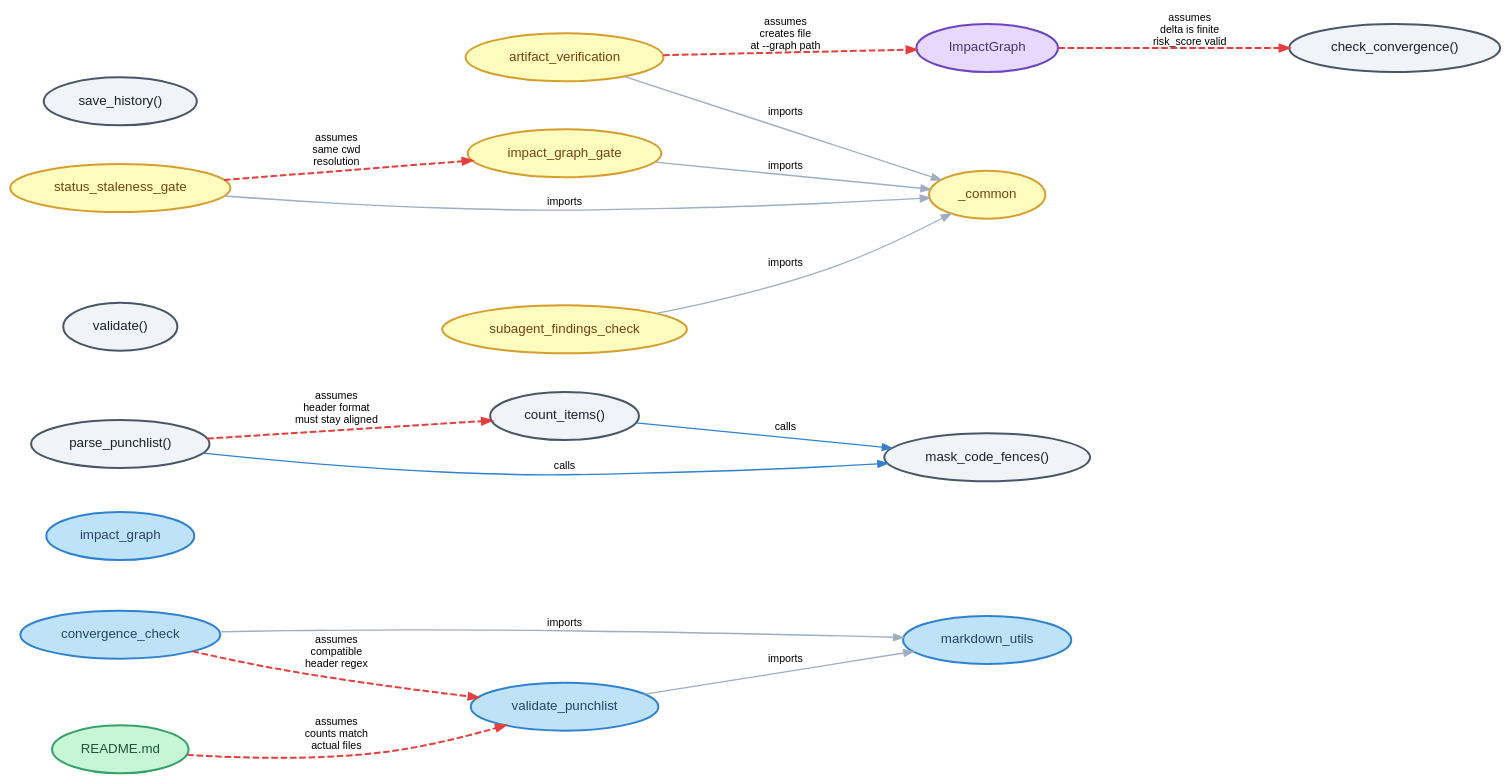
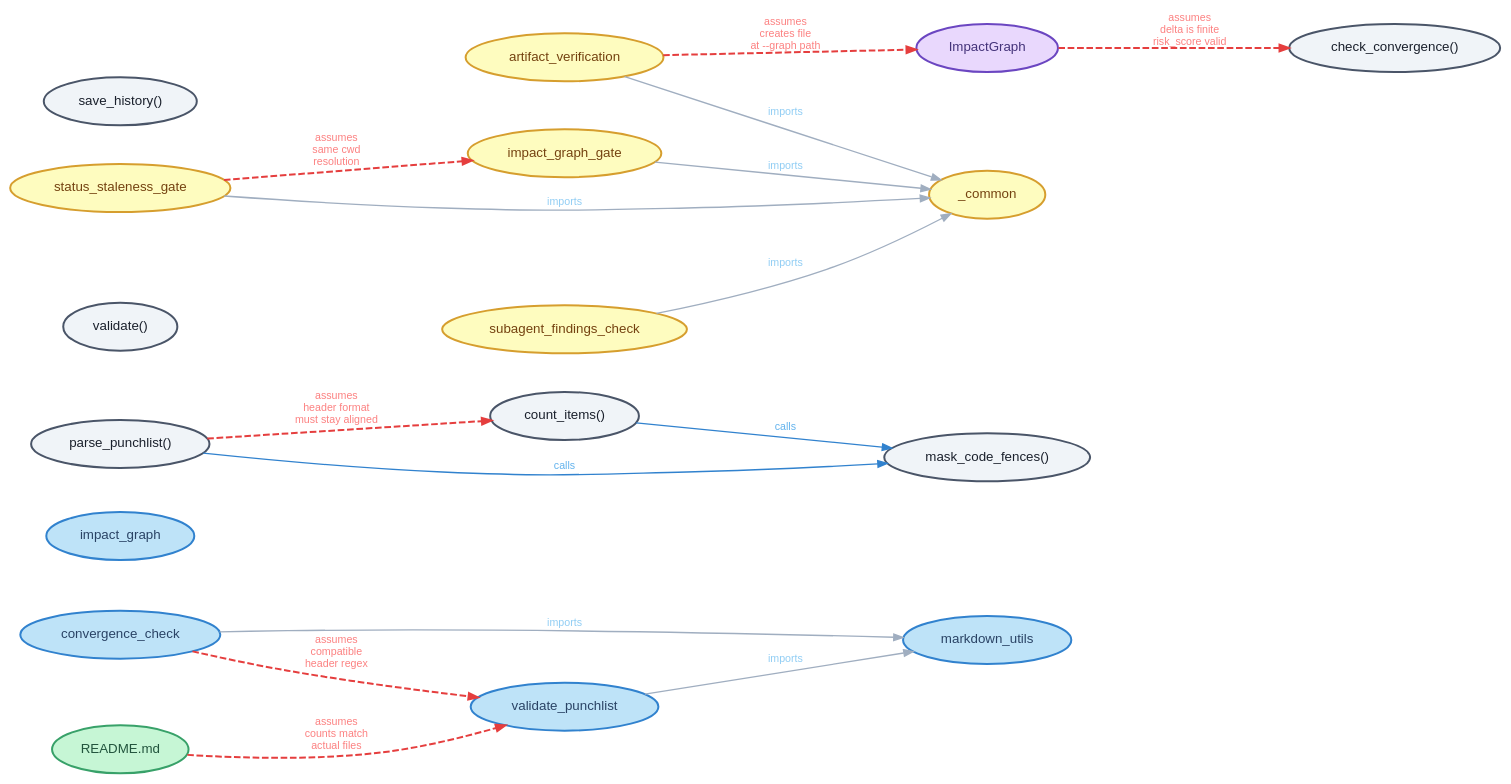
One commit to jbrjake/holtz changed the diagram in docs/diagrams/impact-graph.dot. Above: the diagram before and after it, drawn with Graphviz. The commit also changed 9 other files, not shown here.

```diff
--- a/docs/diagrams/impact-graph.dot
+++ b/docs/diagrams/impact-graph.dot
@@ -1,138 +1,144 @@
 digraph {
   rankdir=LR
   bgcolor="transparent"
   pad=0.5
   nodesep=0.4
   ranksep=1.2
 
   node [
     fontname="Helvetica"
     fontsize=10
     style="filled,rounded"
     penwidth=1.5
     margin="0.12,0.08"
   ]
 
   edge [
     fontname="Helvetica"
     fontsize=8
     penwidth=1.0
     arrowsize=0.7
   ]
 
   // Modules — blue-gray
   validate_punchlist [
     label="validate_punchlist"
     fillcolor="#bee3f8" color="#3182ce" fontcolor="#2a4365"
   ]
   convergence_check [
     label="convergence_check"
     fillcolor="#bee3f8" color="#3182ce" fontcolor="#2a4365"
   ]
   impact_graph_mod [
     label="impact_graph"
     fillcolor="#bee3f8" color="#3182ce" fontcolor="#2a4365"
   ]
   markdown_utils [
     label="markdown_utils"
     fillcolor="#bee3f8" color="#3182ce" fontcolor="#2a4365"
   ]
 
   // Functions — light gray
   parse_punchlist [
     label="parse_punchlist()"
     fillcolor="#f0f4f8" color="#4a5568" fontcolor="#1a202c"
   ]
   validate_fn [
     label="validate()"
     fillcolor="#f0f4f8" color="#4a5568" fontcolor="#1a202c"
   ]
   count_items [
     label="count_items()"
     fillcolor="#f0f4f8" color="#4a5568" fontcolor="#1a202c"
   ]
   check_convergence [
     label="check_convergence()"
     fillcolor="#f0f4f8" color="#4a5568" fontcolor="#1a202c"
   ]
   save_history [
     label="save_history()"
     fillcolor="#f0f4f8" color="#4a5568" fontcolor="#1a202c"
   ]
   mask_code_fences [
     label="mask_code_fences()"
     fillcolor="#f0f4f8" color="#4a5568" fontcolor="#1a202c"
   ]
 
   // Class — purple
   ImpactGraph [
     label="ImpactGraph"
     fillcolor="#e9d8fd" color="#6b46c1" fontcolor="#44337a"
   ]
 
   // Hooks — amber
   artifact_verification [
     label="artifact_verification"
     fillcolor="#fefcbf" color="#d69e2e" fontcolor="#744210"
   ]
   impact_graph_gate [
     label="impact_graph_gate"
     fillcolor="#fefcbf" color="#d69e2e" fontcolor="#744210"
   ]
   status_staleness_gate [
     label="status_staleness_gate"
     fillcolor="#fefcbf" color="#d69e2e" fontcolor="#744210"
   ]
   subagent_findings_check [
     label="subagent_findings_check"
     fillcolor="#fefcbf" color="#d69e2e" fontcolor="#744210"
   ]
   hooks_common [
     label="_common"
     fillcolor="#fefcbf" color="#d69e2e" fontcolor="#744210"
   ]
 
   // Doc — green
   readme [
     label="README.md"
     fillcolor="#c6f6d5" color="#38a169" fontcolor="#22543d"
   ]
 
   // Import edges — solid gray
-  validate_punchlist -> markdown_utils [color="#a0aec0" label="imports"]
-  convergence_check -> markdown_utils [color="#a0aec0" label="imports"]
-  artifact_verification -> hooks_common [color="#a0aec0" label="imports"]
-  impact_graph_gate -> hooks_common [color="#a0aec0" label="imports"]
-  status_staleness_gate -> hooks_common [color="#a0aec0" label="imports"]
-  subagent_findings_check -> hooks_common [color="#a0aec0" label="imports"]
+  validate_punchlist -> markdown_utils [color="#a0aec0" fontcolor="#90cdf4" label="imports"]
+  convergence_check -> markdown_utils [color="#a0aec0" fontcolor="#90cdf4" label="imports"]
+  artifact_verification -> hooks_common [color="#a0aec0" fontcolor="#90cdf4" label="imports"]
+  impact_graph_gate -> hooks_common [color="#a0aec0" fontcolor="#90cdf4" label="imports"]
+  status_staleness_gate -> hooks_common [color="#a0aec0" fontcolor="#90cdf4" label="imports"]
+  subagent_findings_check -> hooks_common [color="#a0aec0" fontcolor="#90cdf4" label="imports"]
 
   // Call edges — solid blue
-  parse_punchlist -> mask_code_fences [color="#3182ce" label="calls"]
-  count_items -> mask_code_fences [color="#3182ce" label="calls"]
+  parse_punchlist -> mask_code_fences [color="#3182ce" fontcolor="#63b3ed" label="calls"]
+  count_items -> mask_code_fences [color="#3182ce" fontcolor="#63b3ed" label="calls"]
 
   // Assumes edges — dashed red, the interesting ones
   parse_punchlist -> count_items [
     color="#e53e3e" style=dashed penwidth=1.5
+    fontcolor="#fc8181"
     label="assumes\nheader format\nmust stay aligned"
   ]
   artifact_verification -> ImpactGraph [
     color="#e53e3e" style=dashed penwidth=1.5
+    fontcolor="#fc8181"
     label="assumes\ncreates file\nat --graph path"
   ]
   readme -> validate_punchlist [
     color="#e53e3e" style=dashed penwidth=1.5
+    fontcolor="#fc8181"
     label="assumes\ncounts match\nactual files"
   ]
   ImpactGraph -> check_convergence [
     color="#e53e3e" style=dashed penwidth=1.5
+    fontcolor="#fc8181"
     label="assumes\ndelta is finite\nrisk_score valid"
   ]
   convergence_check -> validate_punchlist [
     color="#e53e3e" style=dashed penwidth=1.5
+    fontcolor="#fc8181"
     label="assumes\ncompatible\nheader regex"
   ]
   status_staleness_gate -> impact_graph_gate [
     color="#e53e3e" style=dashed penwidth=1.5
+    fontcolor="#fc8181"
     label="assumes\nsame cwd\nresolution"
   ]
 }
```
